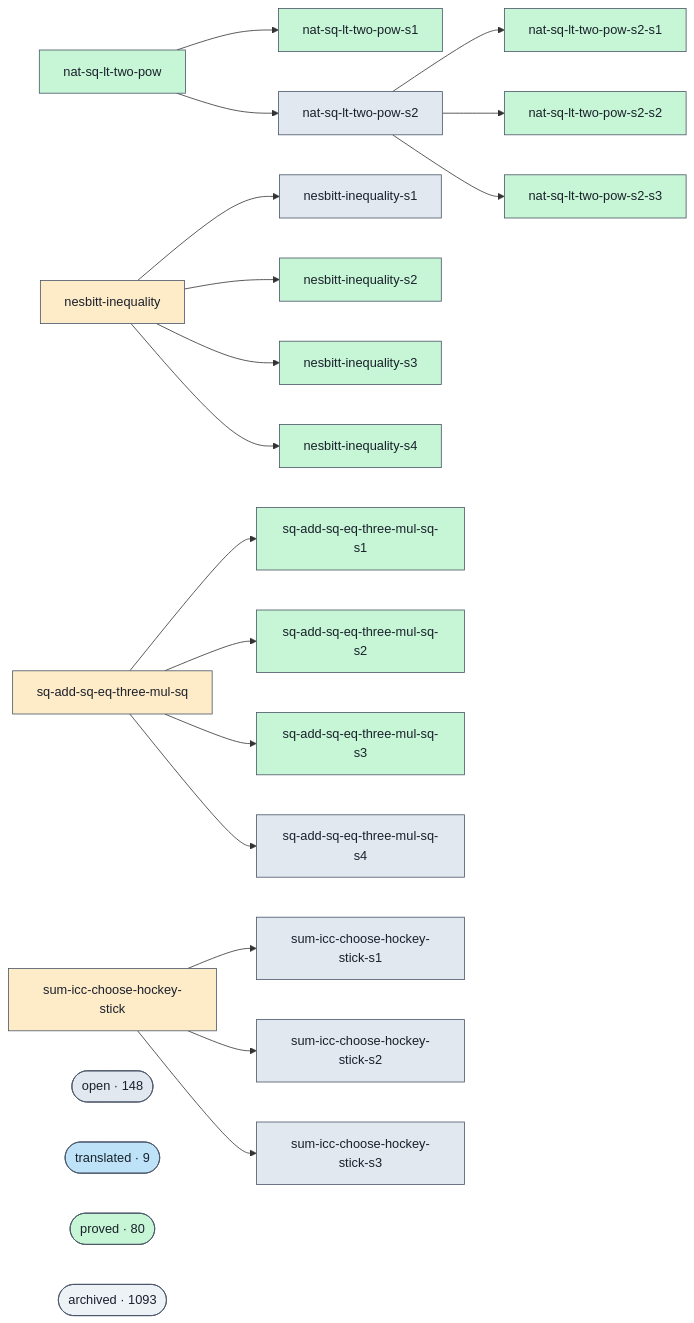
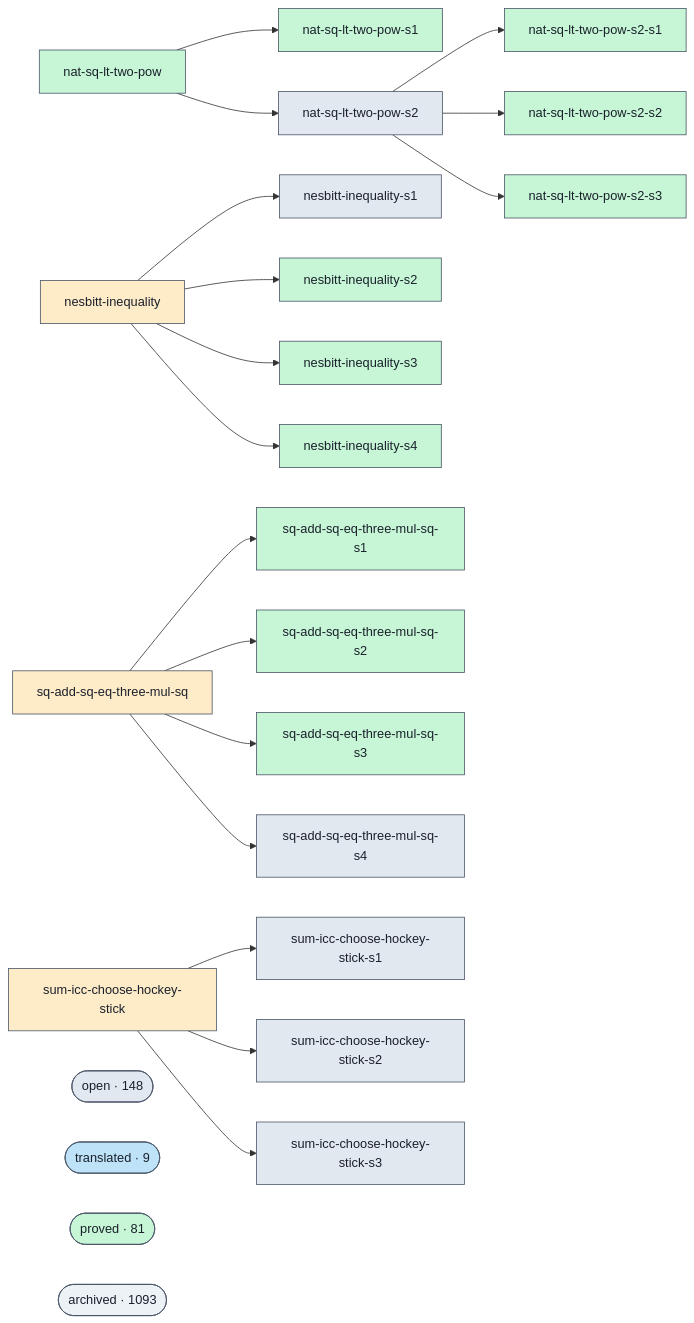
The diagram in docs/proofs-contributors-visualisation.md (ohdearquant/unsorry), drawn with Mermaid before and after one commit. The commit also changed other lines of this file and 2 other files, not shown here.

```diff
--- a/docs/proofs-contributors-visualisation.md
+++ b/docs/proofs-contributors-visualisation.md
@@ -102,7 +102,7 @@
   class cluster_open open;
   cluster_translated(["translated · 9"])
   class cluster_translated translated;
-  cluster_proved(["proved · 80"])
+  cluster_proved(["proved · 81"])
   class cluster_proved proved;
   cluster_archived(["archived · 1093"])
   class cluster_archived unknown;
```
